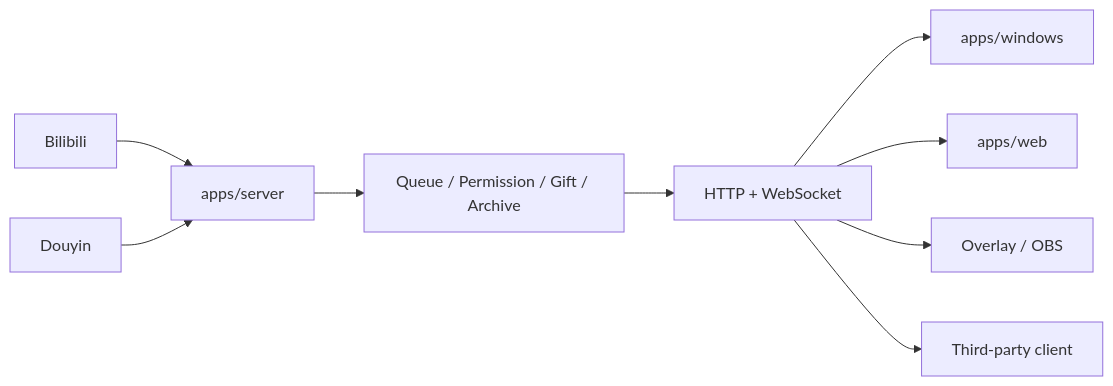
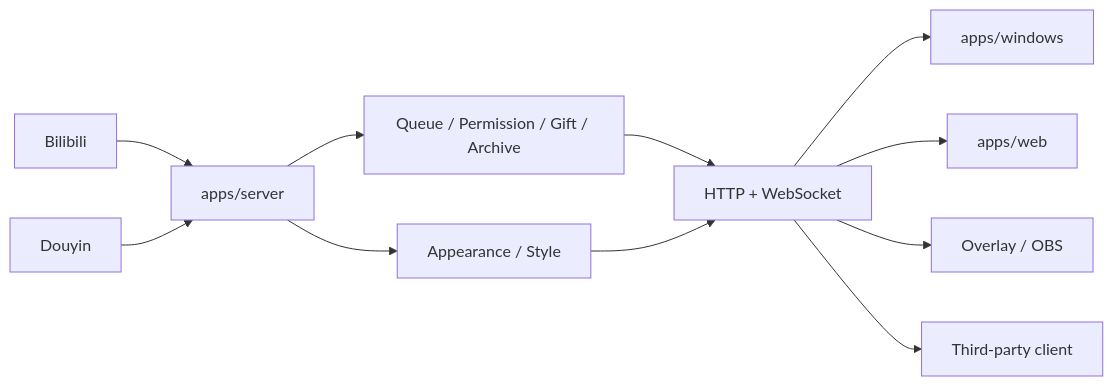
The diagram in README.md (ZzzHe2333/bilipdj), drawn with Mermaid before and after one commit. The commit also changed other lines of this file, not shown here.

````diff
--- a/README.md
+++ b/README.md
@@ -151,11 +202,13 @@
 ```mermaid
 flowchart LR
     B[Bilibili] --> S[apps/server]
     D[Douyin] --> S
     S --> Q[Queue / Permission / Gift / Archive]
+    S --> A[Appearance / Style]
     Q --> API[HTTP + WebSocket]
+    A --> API
     API --> W[apps/windows]
     API --> WEB[apps/web]
     API --> OBS[Overlay / OBS]
     API --> C[Third-party client]
 ```
````
